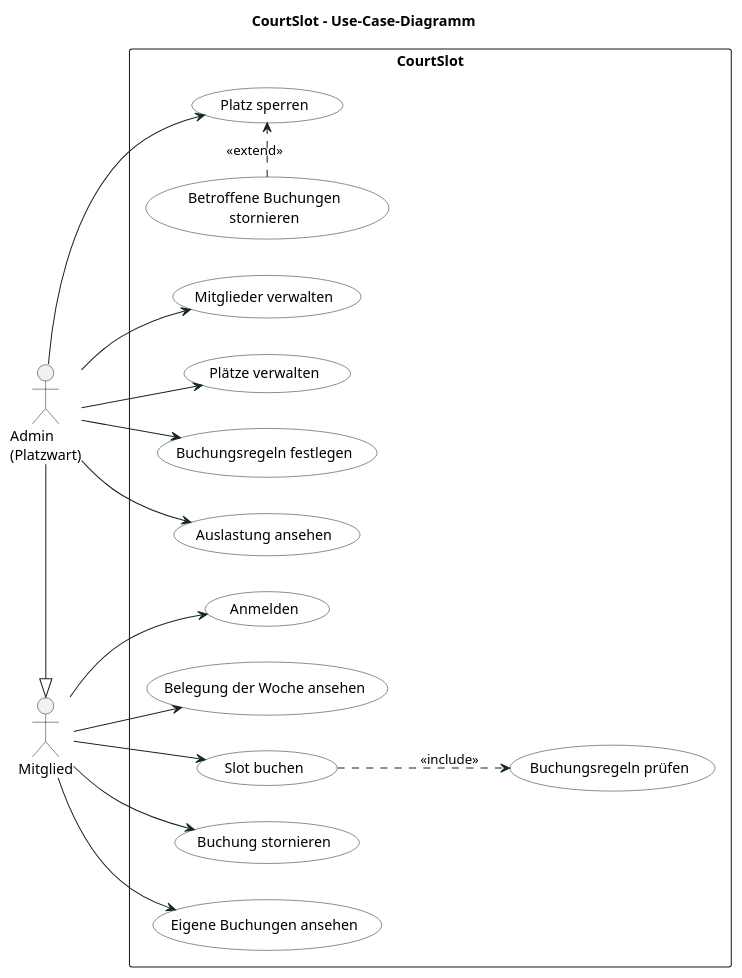
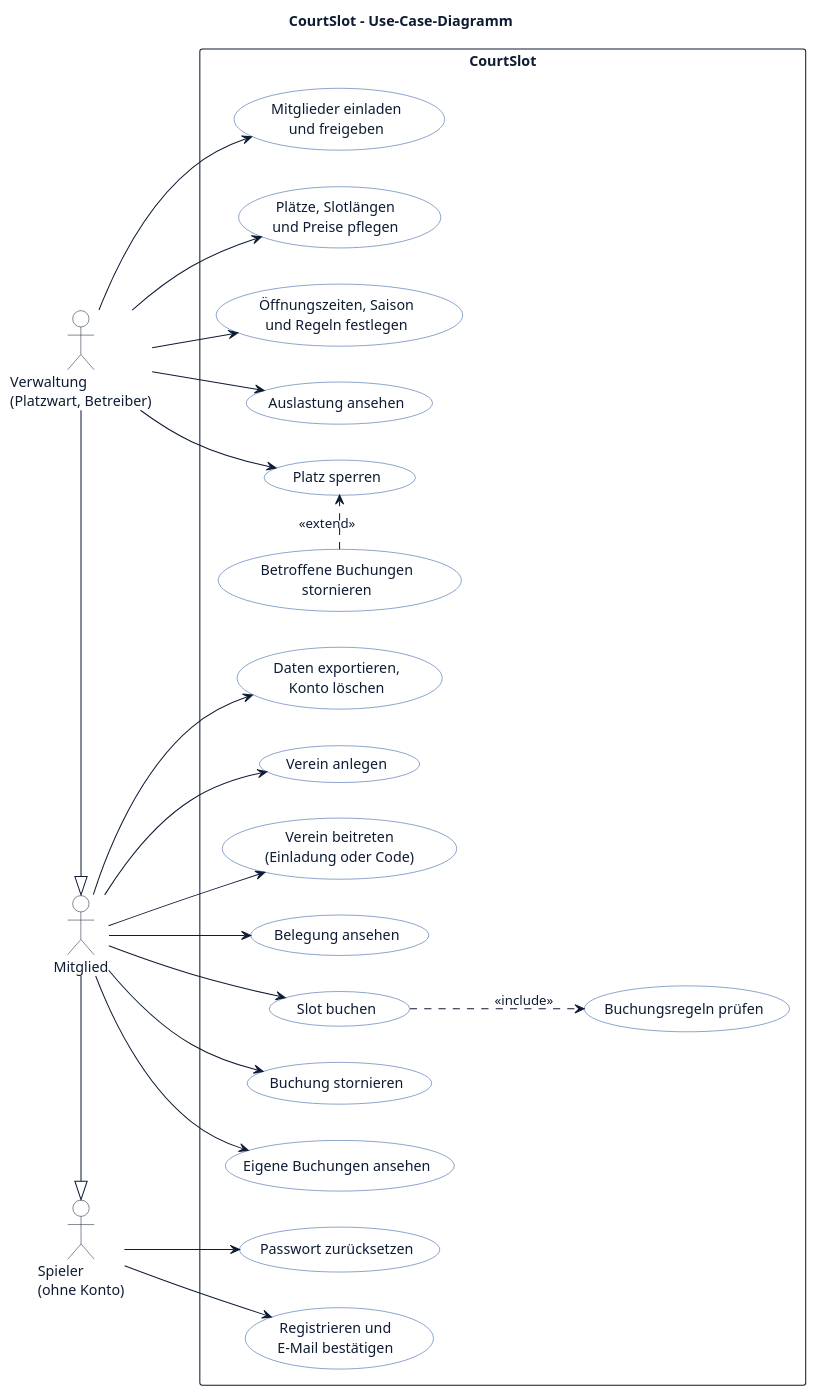
The diagram in docs/uml/01_use_cases.puml (pasi140802/Anwendungsentwicklung), drawn with PlantUML before and after one commit. The commit also changed 26 other files, not shown here.

First line of the commit message:
UML-Diagramme auf Plattform-Modell und App-Farben aktualisiert

```diff
--- a/docs/uml/01_use_cases.puml
+++ b/docs/uml/01_use_cases.puml
@@ -1,45 +1,60 @@
 @startuml use_cases
 title CourtSlot – Use-Case-Diagramm
 left to right direction
 skinparam shadowing false
-skinparam ArrowColor #13261F
+skinparam ArrowColor #0e1b33
 skinparam defaultFontName Arial
+skinparam defaultFontColor #0e1b33
 skinparam packageStyle rectangle
 skinparam usecase {
   BackgroundColor #FFFFFF
-  BorderColor #13261F
+  BorderColor #1f4e9c
 }
-skinparam actorBorderColor #13261F
+skinparam rectangle {
+  BorderColor #0e1b33
+}
+skinparam actorBorderColor #0e1b33
+skinparam actorBackgroundColor #FFFFFF
 
+actor "Spieler\n(ohne Konto)" as G
 actor "Mitglied" as M
-actor "Admin\n(Platzwart)" as A
+actor "Verwaltung\n(Platzwart, Betreiber)" as A
+M -|> G
 A -|> M
 
 rectangle "CourtSlot" {
-  usecase "Anmelden" as UC1
-  usecase "Belegung der Woche ansehen" as UC2
+  usecase "Registrieren und\nE-Mail bestätigen" as UC0
+  usecase "Passwort zurücksetzen" as UC0b
+  usecase "Verein beitreten\n(Einladung oder Code)" as UC1
+  usecase "Belegung ansehen" as UC2
   usecase "Slot buchen" as UC3
   usecase "Buchungsregeln prüfen" as UC3a
   usecase "Buchung stornieren" as UC4
   usecase "Eigene Buchungen ansehen" as UC5
-  usecase "Mitglieder verwalten" as UC6
-  usecase "Plätze verwalten" as UC7
+  usecase "Daten exportieren,\nKonto löschen" as UC5b
+  usecase "Verein anlegen" as UC11
+  usecase "Mitglieder einladen\nund freigeben" as UC6
+  usecase "Plätze, Slotlängen\nund Preise pflegen" as UC7
+  usecase "Öffnungszeiten, Saison\nund Regeln festlegen" as UC9
   usecase "Platz sperren" as UC8
   usecase "Betroffene Buchungen\nstornieren" as UC8a
-  usecase "Buchungsregeln festlegen" as UC9
   usecase "Auslastung ansehen" as UC10
 }
 
+G --> UC0
+G --> UC0b
 M --> UC1
 M --> UC2
 M --> UC3
 M --> UC4
 M --> UC5
+M --> UC5b
 UC3 ..> UC3a : <<include>>
+M --> UC11
 A --> UC6
 A --> UC7
+A --> UC9
 A --> UC8
-A --> UC9
 A --> UC10
 UC8a .> UC8 : <<extend>>
 @enduml
```
